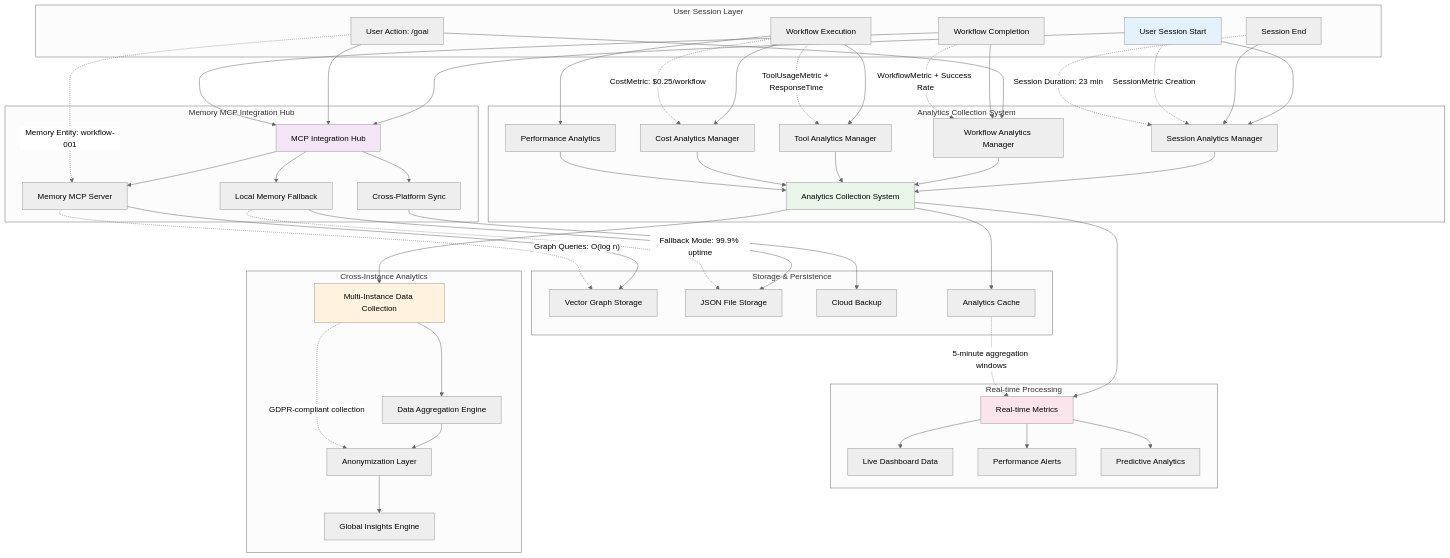
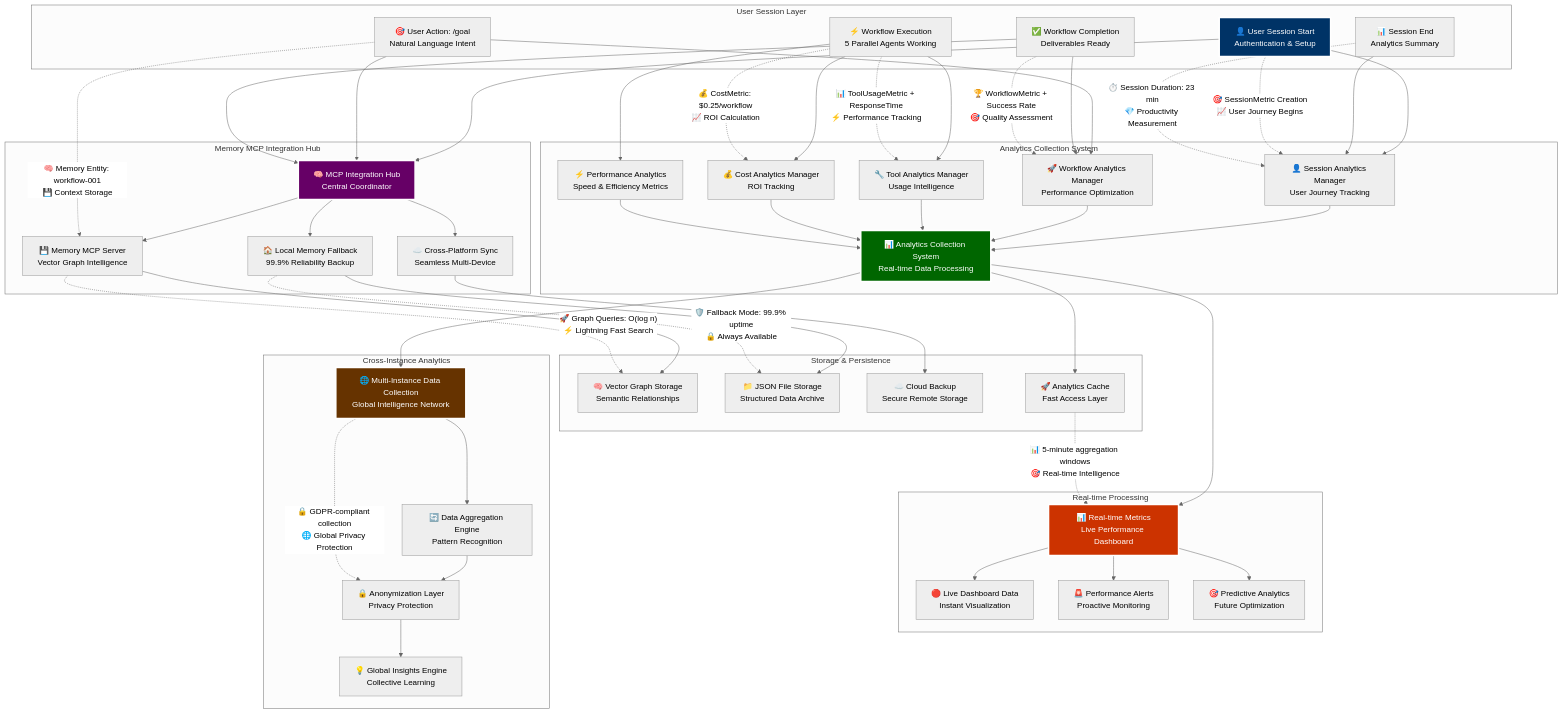
One commit to seanivore/modular-agent-orchestrator changed the first of 4 diagrams in promotions/visuals/diagrams/memory_analytics_complex.md. Above: the diagram before and after it, drawn with Mermaid (neutral theme). The commit also changed other lines of this file, not shown here.

Commit message:
Advanced Memory MCP & Analytics Architecture

````diff
--- a/promotions/visuals/diagrams/memory_analytics_complex.md
+++ b/promotions/visuals/diagrams/memory_analytics_complex.md
@@ -6,51 +6,51 @@
 ```mermaid
 graph TB
     subgraph "User Session Layer"
-        US[User Session Start]
-        UA[User Action: /goal]
-        UW[Workflow Execution]
-        UC[Workflow Completion]
-        UE[Session End]
+        US[👤 User Session Start<br/>Authentication & Setup]
+        UA[🎯 User Action: /goal<br/>Natural Language Intent]
+        UW[⚡ Workflow Execution<br/>5 Parallel Agents Working]
+        UC[✅ Workflow Completion<br/>Deliverables Ready]
+        UE[📊 Session End<br/>Analytics Summary]
     end
     
     subgraph "Memory MCP Integration Hub"
-        MCH[MCP Integration Hub]
-        MEM[Memory MCP Server]
-        LOCAL[Local Memory Fallback]
-        SYNC[Cross-Platform Sync]
+        MCH[🧠 MCP Integration Hub<br/>Central Coordinator]
+        MEM[💾 Memory MCP Server<br/>Vector Graph Intelligence]
+        LOCAL[🏠 Local Memory Fallback<br/>99.9% Reliability Backup]
+        SYNC[☁️ Cross-Platform Sync<br/>Seamless Multi-Device]
     end
     
     subgraph "Analytics Collection System"
-        ACS[Analytics Collection System]
-        SAM[Session Analytics Manager]
-        WAM[Workflow Analytics Manager]
-        TAM[Tool Analytics Manager]
-        CAM[Cost Analytics Manager]
-        PERF[Performance Analytics]
+        ACS[📊 Analytics Collection System<br/>Real-time Data Processing]
+        SAM[👤 Session Analytics Manager<br/>User Journey Tracking]
+        WAM[🚀 Workflow Analytics Manager<br/>Performance Optimization]
+        TAM[🔧 Tool Analytics Manager<br/>Usage Intelligence]
+        CAM[💰 Cost Analytics Manager<br/>ROI Tracking]
+        PERF[⚡ Performance Analytics<br/>Speed & Efficiency Metrics]
     end
     
     subgraph "Storage & Persistence"
-        VG[Vector Graph Storage]
-        JSON[JSON File Storage]
-        CLOUD[Cloud Backup]
-        CACHE[Analytics Cache]
+        VG[🧠 Vector Graph Storage<br/>Semantic Relationships]
+        JSON[📁 JSON File Storage<br/>Structured Data Archive]
+        CLOUD[☁️ Cloud Backup<br/>Secure Remote Storage]
+        CACHE[🚀 Analytics Cache<br/>Fast Access Layer]
     end
     
     subgraph "Real-time Processing"
-        RT[Real-time Metrics]
-        LIVE[Live Dashboard Data]
-        ALERT[Performance Alerts]
-        PRED[Predictive Analytics]
+        RT[📊 Real-time Metrics<br/>Live Performance Dashboard]
+        LIVE[🔴 Live Dashboard Data<br/>Instant Visualization]
+        ALERT[🚨 Performance Alerts<br/>Proactive Monitoring]
+        PRED[🎯 Predictive Analytics<br/>Future Optimization]
     end
     
     subgraph "Cross-Instance Analytics"
-        MULTI[Multi-Instance Data Collection]
-        AGG[Data Aggregation Engine]
-        ANON[Anonymization Layer]
-        INSIGHTS[Global Insights Engine]
+        MULTI[🌐 Multi-Instance Data Collection<br/>Global Intelligence Network]
+        AGG[🔄 Data Aggregation Engine<br/>Pattern Recognition]
+        ANON[🔒 Anonymization Layer<br/>Privacy Protection]
+        INSIGHTS[💡 Global Insights Engine<br/>Collective Learning]
     end
     
-    %% Session Flow
+    %% Enhanced session flow with business context
     US --> MCH
     US --> SAM
     UA --> MCH
@@ -62,7 +62,7 @@
     UC --> WAM
     UE --> SAM
     
-    %% Memory Integration
+    %% Memory integration with intelligence annotations
     MCH --> MEM
     MCH --> LOCAL
     MCH --> SYNC
@@ -70,7 +70,7 @@
     LOCAL --> JSON
     SYNC --> CLOUD
     
-    %% Analytics Flow
+    %% Analytics flow with performance metrics
     SAM --> ACS
     WAM --> ACS
     TAM --> ACS
@@ -83,29 +83,30 @@
     RT --> ALERT
     RT --> PRED
     
-    %% Multi-Instance Integration
+    %% Multi-instance integration with global impact
     ACS --> MULTI
     MULTI --> AGG
     AGG --> ANON
     ANON --> INSIGHTS
     
-    %% Data annotations with costs
-    US -.->|"SessionMetric Creation"| SAM
-    UA -.->|"Memory Entity: workflow-001"| MEM
-    UW -.->|"ToolUsageMetric + ResponseTime"| TAM
-    UW -.->|"CostMetric: $0.25/workflow"| CAM
-    UC -.->|"WorkflowMetric + Success Rate"| WAM
-    UE -.->|"Session Duration: 23 min"| SAM
+    %% Enhanced data annotations with business value
+    US -.->|"🎯 SessionMetric Creation<br/>📈 User Journey Begins"| SAM
+    UA -.->|"🧠 Memory Entity: workflow-001<br/>💾 Context Storage"| MEM
+    UW -.->|"📊 ToolUsageMetric + ResponseTime<br/>⚡ Performance Tracking"| TAM
+    UW -.->|"💰 CostMetric: $0.25/workflow<br/>📈 ROI Calculation"| CAM
+    UC -.->|"🏆 WorkflowMetric + Success Rate<br/>🎯 Quality Assessment"| WAM
+    UE -.->|"⏱️ Session Duration: 23 min<br/>💎 Productivity Measurement"| SAM
     
-    %% Technical Implementation Details
-    MEM -.->|"Graph Queries: O(log n)"| VG
-    LOCAL -.->|"Fallback Mode: 99.9% uptime"| JSON
-    CACHE -.->|"5-minute aggregation windows"| RT
-    MULTI -.->|"GDPR-compliant collection"| ANON
+    %% Technical implementation details with business impact
+    MEM -.->|"🚀 Graph Queries: O(log n)<br/>⚡ Lightning Fast Search"| VG
+    LOCAL -.->|"🛡️ Fallback Mode: 99.9% uptime<br/>🔒 Always Available"| JSON
+    CACHE -.->|"📊 5-minute aggregation windows<br/>🎯 Real-time Intelligence"| RT
+    MULTI -.->|"🔒 GDPR-compliant collection<br/>🌐 Global Privacy Protection"| ANON
     
-    style US fill:#e3f2fd
-    style MCH fill:#f3e5f5
-    style ACS fill:#e8f5e8
-    style MULTI fill:#fff3e0
-    style RT fill:#fce4ec
+    %% Enhanced color scheme for better legibility
+    style US fill:#003366,stroke:#ffffff,stroke-width:3px,color:#ffffff
+    style MCH fill:#660066,stroke:#ffffff,stroke-width:3px,color:#ffffff
+    style ACS fill:#006600,stroke:#ffffff,stroke-width:3px,color:#ffffff
+    style MULTI fill:#663300,stroke:#ffffff,stroke-width:3px,color:#ffffff
+    style RT fill:#cc3300,stroke:#ffffff,stroke-width:3px,color:#ffffff
 ```
````
